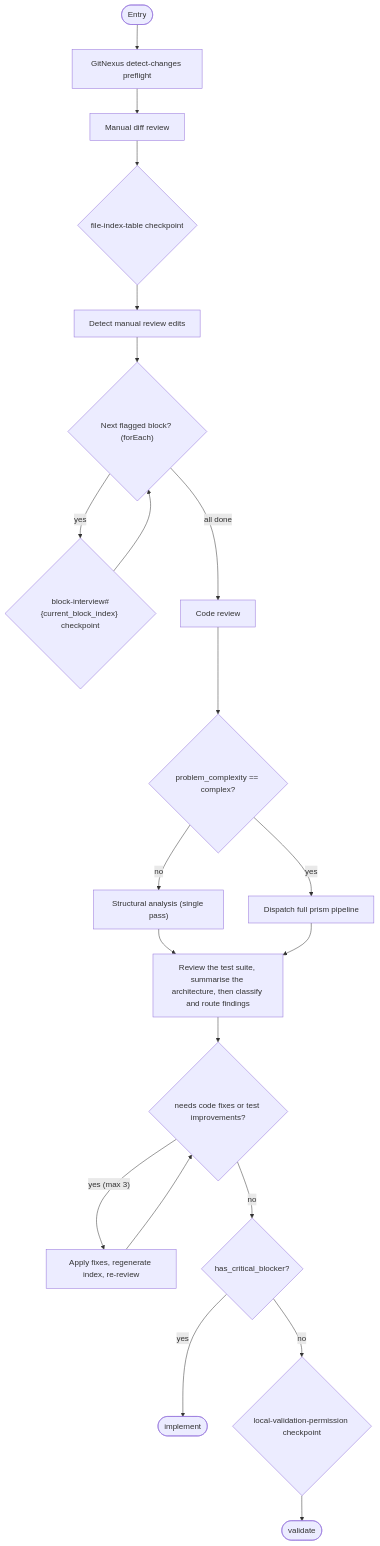
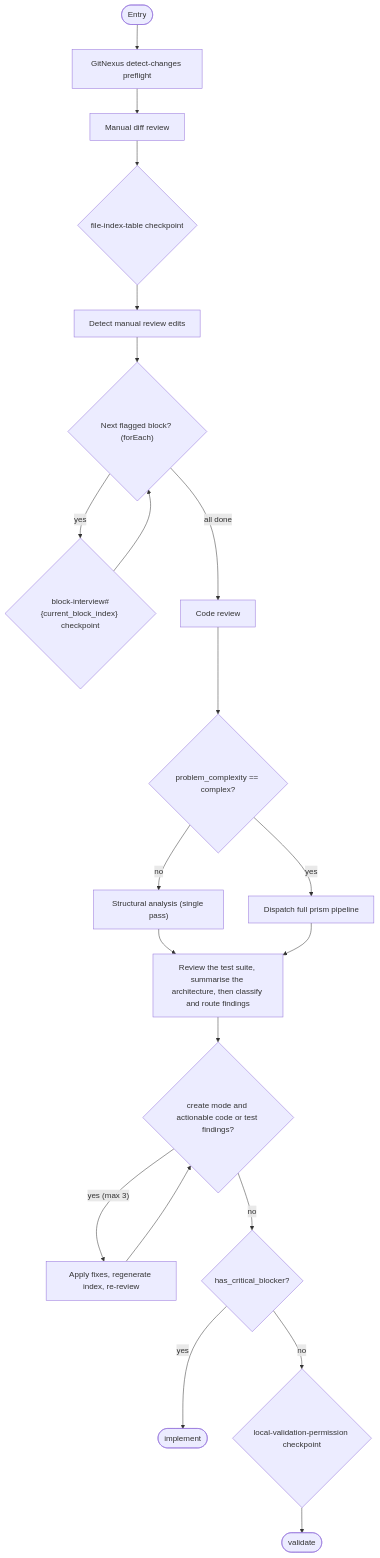
Diagram 11 of 15 in work-package/activities/README.md (m2ux/workflow-server), drawn with Mermaid before and after one commit. The commit also changed other lines of this file and 20 other files, not shown here.

````diff
--- a/work-package/activities/README.md
+++ b/work-package/activities/README.md
@@ -281,25 +281,25 @@
 ```mermaid
 graph TD
     entryNode(["Entry"]) --> preflight["GitNexus detect-changes preflight"]
     preflight --> manualDiff["Manual diff review"]
     manualDiff --> cpFileIndex{"file-index-table checkpoint"}
     cpFileIndex --> detectManual["Detect manual review edits"]
     detectManual --> interviewLoop{"Next flagged block? (forEach)"}
     interviewLoop -->|"yes"| cpInterview{"block-interview#{current_block_index} checkpoint"}
     cpInterview --> interviewLoop
     interviewLoop -->|"all done"| codeReview["Code review"]
 
     codeReview --> structural{"problem_complexity == complex?"}
     structural -->|"no"| structuralInline["Structural analysis (single pass)"]
     structural -->|"yes"| dispatchPrism["Dispatch full prism pipeline"]
     structuralInline --> testReview["Review the test suite, summarise the architecture, then classify and route findings"]
     dispatchPrism --> testReview
 
-    testReview --> fixCycle{"needs code fixes or test improvements?"}
+    testReview --> fixCycle{"create mode and actionable code or test findings?"}
     fixCycle -->|"yes (max 3)"| applyFixes["Apply fixes, regenerate index, re-review"]
     applyFixes --> fixCycle
     fixCycle -->|"no"| blockerGate{"has_critical_blocker?"}
     blockerGate -->|"yes"| exitImplement(["implement"])
     blockerGate -->|"no"| cpLocalValidation{"local-validation-permission checkpoint"}
     cpLocalValidation --> exitValidate(["validate"])
 ```
````
